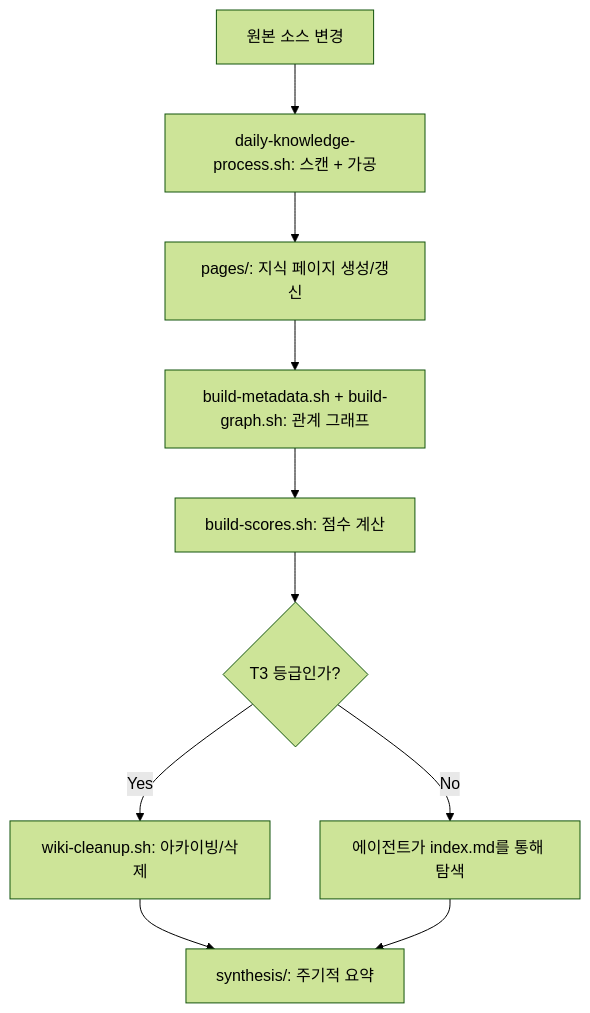
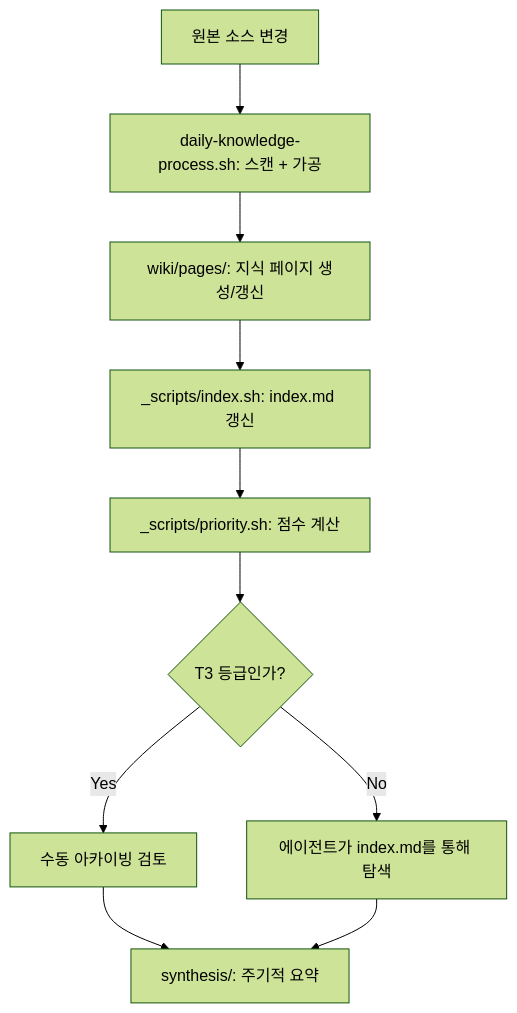
The second of 2 diagrams in docs/wiki/guides/knowledge-system.md (pheanor-agent/p-hermes), drawn with Mermaid (forest theme) before and after one commit. The commit also changed other lines of this file and 11 other files, not shown here.

````diff
--- a/docs/wiki/guides/knowledge-system.md
+++ b/docs/wiki/guides/knowledge-system.md
@@ -290,12 +314,12 @@
 ```mermaid
 graph TD
     A[원본 소스 변경] --> B[daily-knowledge-process.sh: 스캔 + 가공]
-    B --> C[pages/: 지식 페이지 생성/갱신]
-    C --> D[build-metadata.sh + build-graph.sh: 관계 그래프]
-    D --> E[build-scores.sh: 점수 계산]
+    B --> C[wiki/pages/: 지식 페이지 생성/갱신]
+    C --> D[_scripts/index.sh: index.md 갱신]
+    D --> E[_scripts/priority.sh: 점수 계산]
     E --> F{T3 등급인가?}
-    F -- Yes --> G[wiki-cleanup.sh: 아카이빙/삭제]
+    F -- Yes --> G[수동 아카이빙 검토]
     F -- No --> H[에이전트가 index.md를 통해 탐색]
     G --> I[synthesis/: 주기적 요약]
     H --> I
 ```
````
